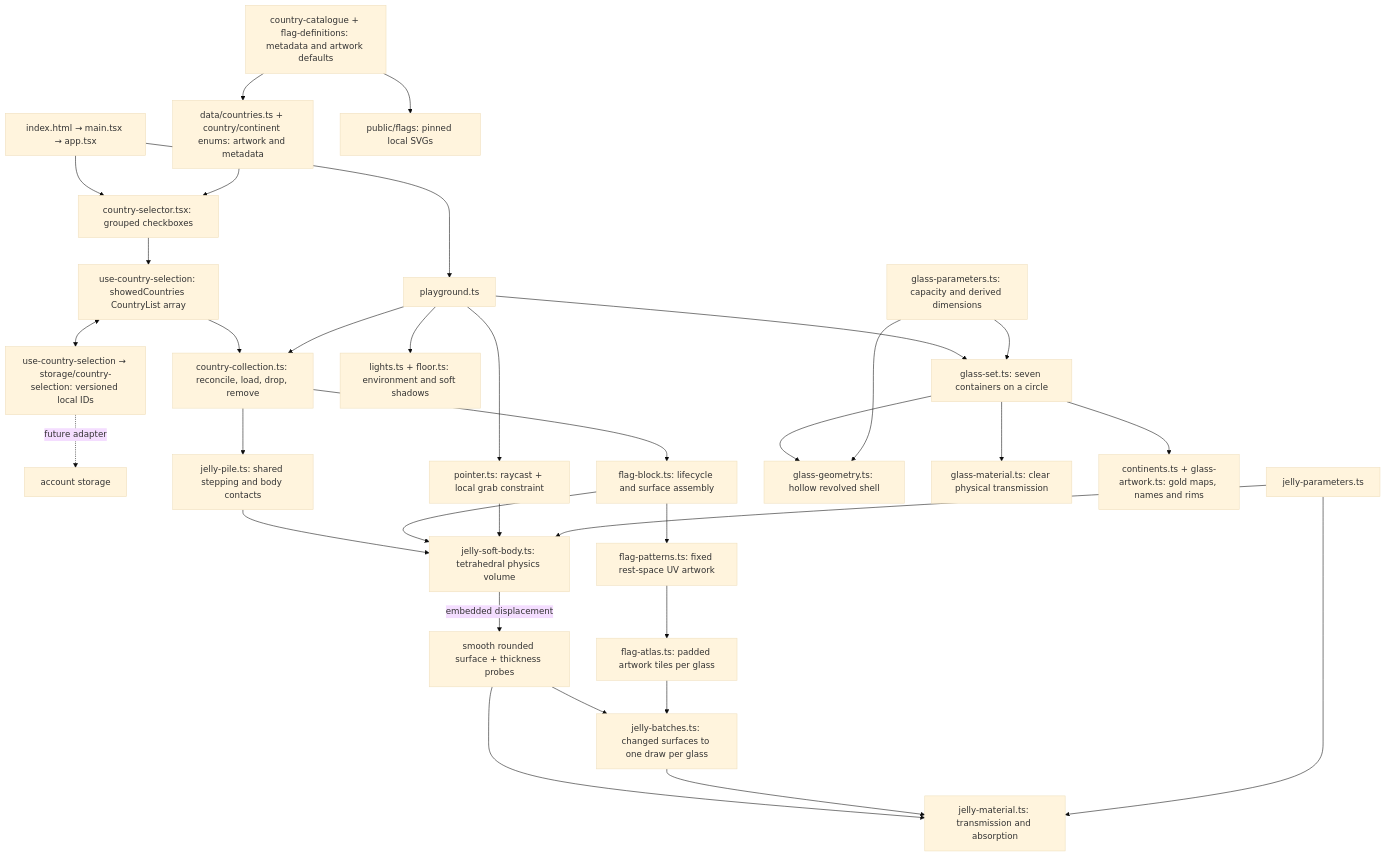
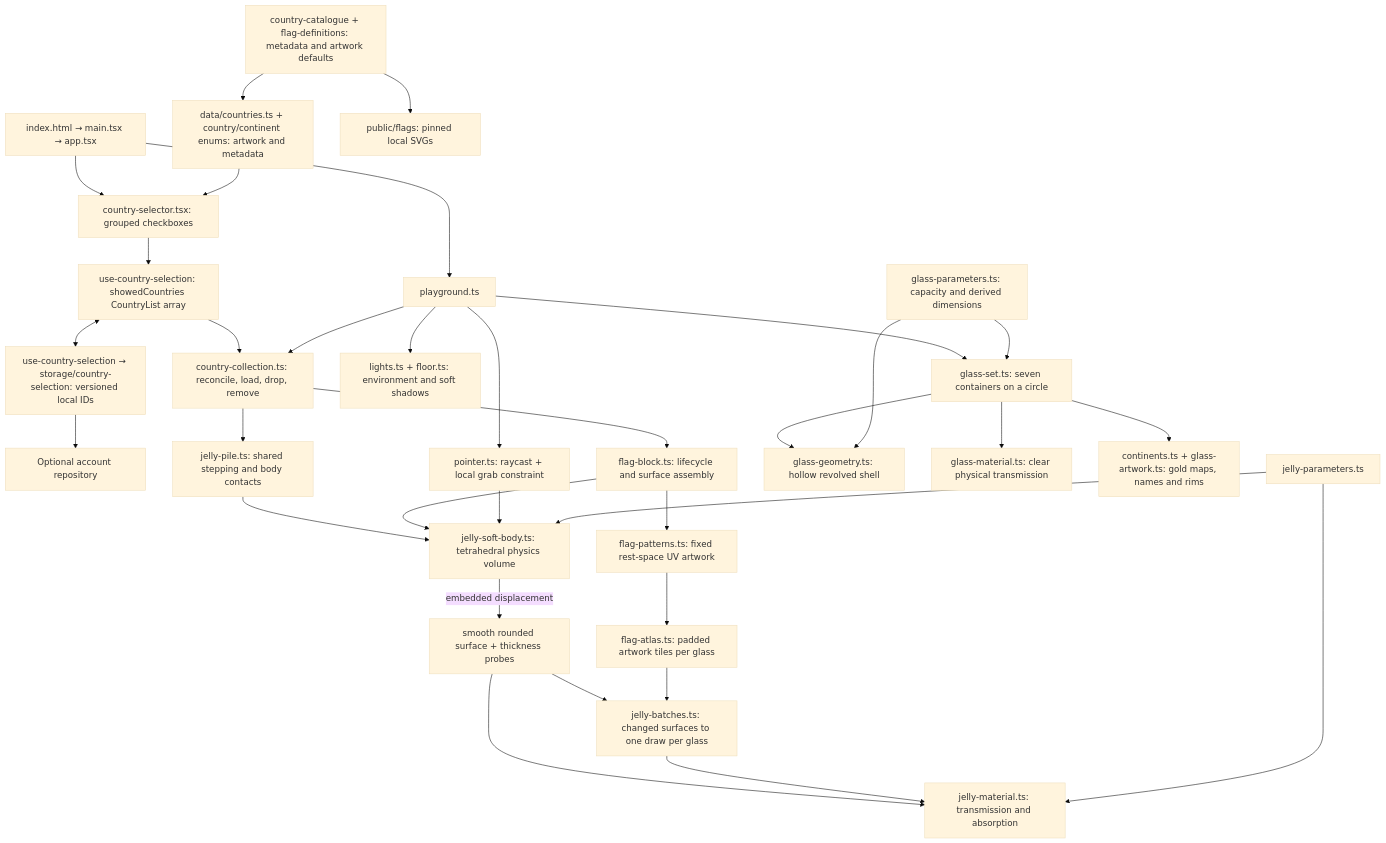
The second of 2 diagrams in README.md (arvikachristy/semesta), drawn with Mermaid (base theme) before and after one commit. The commit also changed other lines of this file and 31 other files, not shown here.

Commit message:
feat: add optional email and Google account backups

````diff
--- a/README.md
+++ b/README.md
@@ -41,35 +41,35 @@
 ```mermaid
 flowchart TD
   entry["index.html → main.tsx → app.tsx"] --> scene["playground.ts"]
   entry --> selector["country-selector.tsx: grouped checkboxes"]
   registry["data/countries.ts + country/continent enums: artwork and metadata"] --> selector
   selector --> selected["use-country-selection: showedCountries CountryList array"]
   selected <--> persistence["use-country-selection → storage/country-selection: versioned local IDs"]
-  persistence -. "future adapter" .-> remote["account storage"]
+  persistence --> remote["Optional account repository"]
   catalogue["country-catalogue + flag-definitions: metadata and artwork defaults"] --> registry
   catalogue --> assets["public/flags: pinned local SVGs"]
   selected --> collection["country-collection.ts: reconcile, load, drop, remove"]
   scene --> collection
   collection --> block["flag-block.ts: lifecycle and surface assembly"]
   collection --> pile["jelly-pile.ts: shared stepping and body contacts"]
   pile --> volume
   block --> volume["jelly-soft-body.ts: tetrahedral physics volume"]
   volume -->|embedded displacement| surface["smooth rounded surface + thickness probes"]
   block --> pattern["flag-patterns.ts: fixed rest-space UV artwork"]
   surface --> material["jelly-material.ts: transmission and absorption"]
   pattern --> atlas["flag-atlas.ts: padded artwork tiles per glass"]
   surface --> batches["jelly-batches.ts: changed surfaces to one draw per glass"]
   atlas --> batches
   batches --> material
   scene --> input["pointer.ts: raycast + local grab constraint"]
   input --> volume
   scene --> lighting["lights.ts + floor.ts: environment and soft shadows"]
   scene --> glasses["glass-set.ts: seven containers on a circle"]
   glasses --> glassGeometry["glass-geometry.ts: hollow revolved shell"]
   glasses --> glassMaterial["glass-material.ts: clear physical transmission"]
   glasses --> continentArt["continents.ts + glass-artwork.ts: gold maps, names and rims"]
   glassConfig["glass-parameters.ts: capacity and derived dimensions"] --> glasses
   glassConfig --> glassGeometry
   config["jelly-parameters.ts"] --> volume
   config --> material
 ```
````
